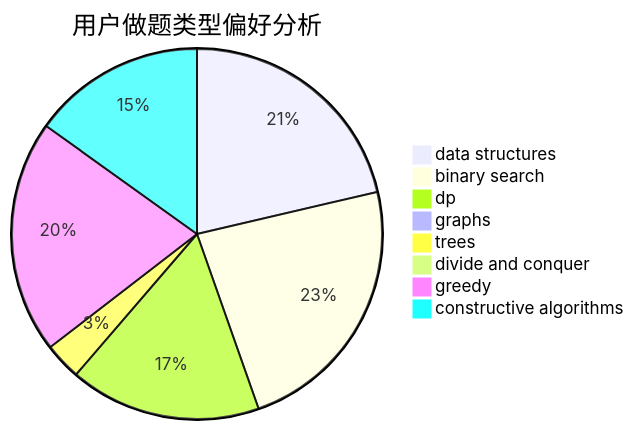
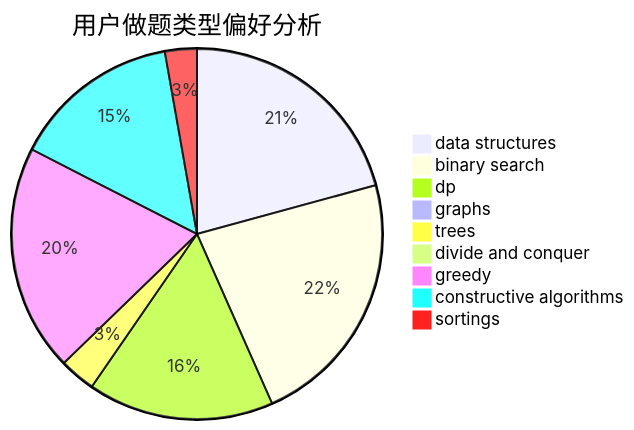
The second of 3 diagrams in docs/user/u1132.md (sherpahu/cfrs.github.io), drawn with Mermaid before and after one commit. The commit also changed other lines of this file and 2769 other files, not shown here.

````diff
--- a/docs/user/u1132.md
+++ b/docs/user/u1132.md
@@ -23,11 +18,12 @@
 ```mermaid
 pie title 用户做题类型偏好分析
     "data structures" :  574
     "binary search" :  625
     "dp" :  449
     "graphs" :  26
     "trees" :  87
     "divide and conquer" :  0
     "greedy" :  547
     "constructive algorithms" :  406
+    "sortings" :  77
 ```
````
